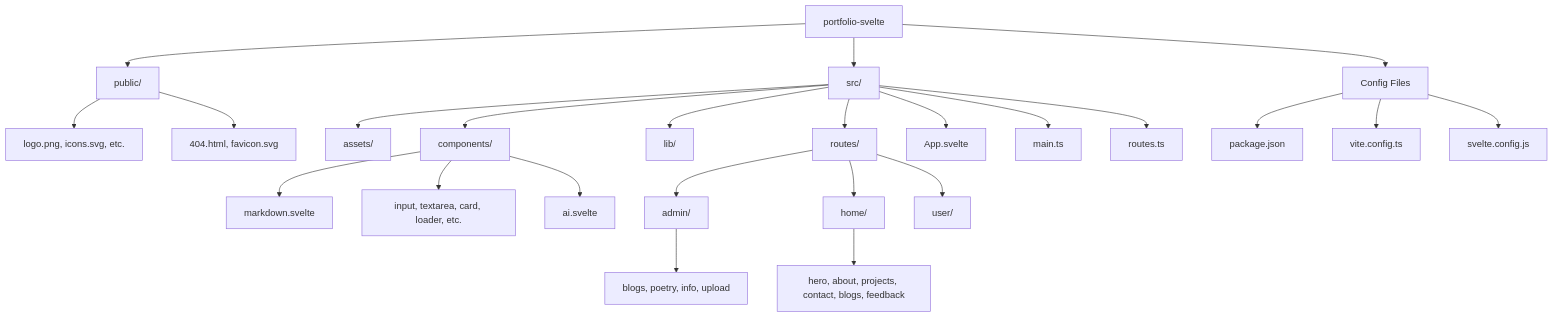
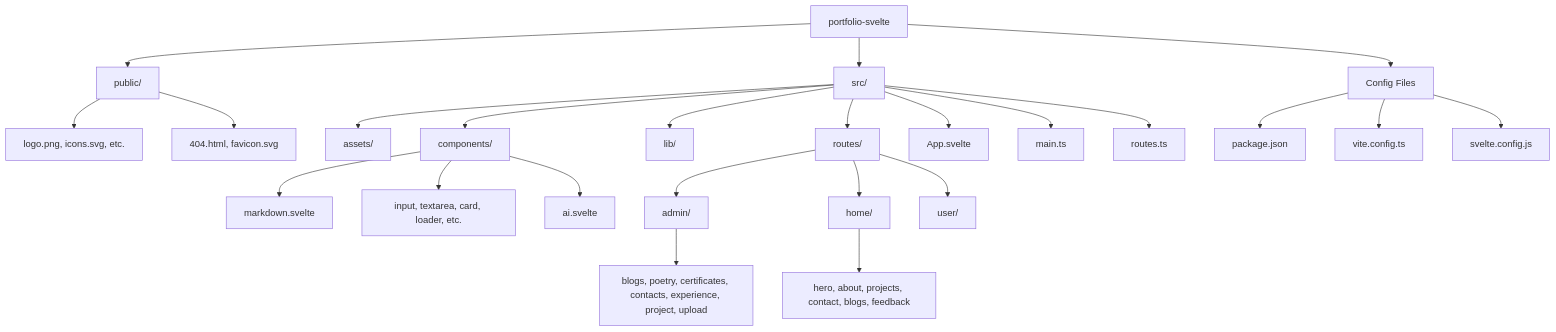
Before and after one commit to RyannKim327/ryannkim327.github.io: the diagram in README.md, drawn with Mermaid. The commit also changed other lines of this file and 5 other files, not shown here.

````diff
--- a/README.md
+++ b/README.md
@@ -87,32 +87,32 @@
 ```mermaid
 graph TD
     Root[portfolio-svelte] --> Public[public/]
     Root --> Src[src/]
     Root --> Config[Config Files]
 
     Public --> P_Assets[logo.png, icons.svg, etc.]
     Public --> P_Misc[404.html, favicon.svg]
 
     Src --> Assets[assets/]
     Src --> Components[components/]
     Src --> Lib[lib/]
     Src --> Routes[routes/]
     Src --> AppS[App.svelte]
     Src --> MainT[main.ts]
     Src --> RoutesT[routes.ts]
 
     Components --> C_MD[markdown.svelte]
     Components --> C_UI[input, textarea, card, loader, etc.]
     Components --> C_AI[ai.svelte]
 
     Routes --> R_Admin[admin/]
     Routes --> R_Home[home/]
     Routes --> R_User[user/]
 
-    R_Admin --> A_Views[blogs, poetry, info, upload]
+    R_Admin --> A_Views[blogs, poetry, certificates, contacts, experience, project, upload]
     R_Home --> H_Sections[hero, about, projects, contact, blogs, feedback]
 
     Config --> C_Pkg[package.json]
     Config --> C_Vite[vite.config.ts]
     Config --> C_Svelte[svelte.config.js]
 ```
````
